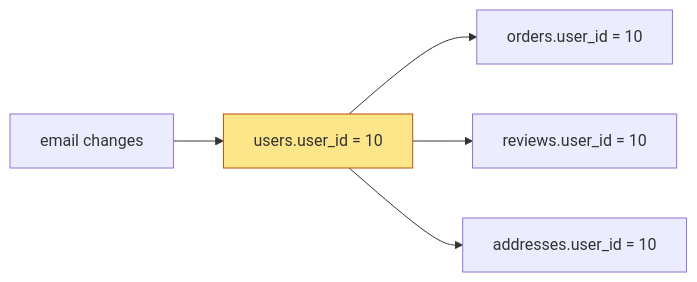
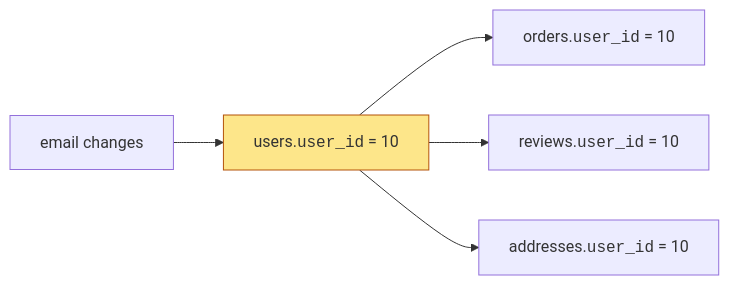
Before and after one commit to dataslope/dataslope: the third of 7 diagrams in content/learn/database-design-postgresql/natural-vs-surrogate-keys.mdx, drawn with Mermaid. The commit also changed other lines of this file and 218 other files, not shown here.

First line of the commit message:
Render code-only mermaid shapes in monospace; convert step sequences to Steps (#467)

````diff
--- a/content/learn/database-design-postgresql/natural-vs-surrogate-keys.mdx
+++ b/content/learn/database-design-postgresql/natural-vs-surrogate-keys.mdx
@@ -97,8 +97,8 @@
 ```mermaid
 flowchart LR
-    U["users.user_id = 10"]:::pk --> O1["orders.user_id = 10"]
-    U --> O2["reviews.user_id = 10"]
-    U --> O3["addresses.user_id = 10"]
+    U["users.<code>user_id</code> = 10"]:::pk --> O1["orders.<code>user_id</code> = 10"]
+    U --> O2["reviews.<code>user_id</code> = 10"]
+    U --> O3["addresses.<code>user_id</code> = 10"]
     E["email changes"] --> U
     classDef pk fill:#fde68a,stroke:#b45309
 ```
````
